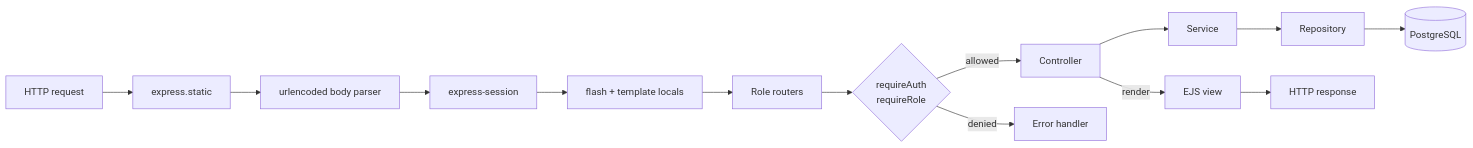
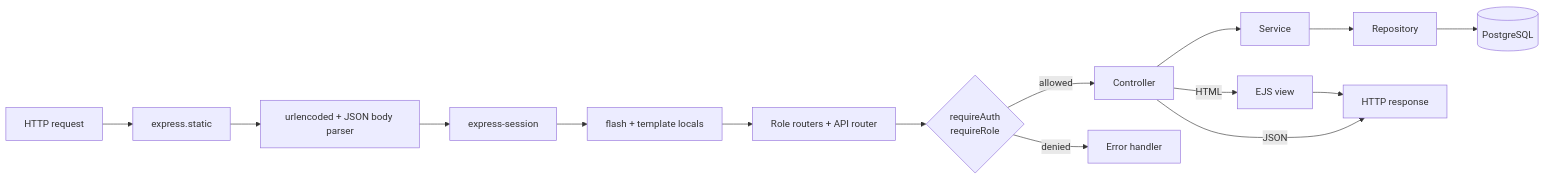
The fifth of 6 diagrams in docs/architecture.md (FarbodTavakolizade/TaxiGo), drawn with Mermaid before and after one commit. The commit also changed other lines of this file and 10 other files, not shown here.

````diff
--- a/docs/architecture.md
+++ b/docs/architecture.md
@@ -190,13 +251,14 @@
 ```mermaid
 flowchart LR
     Req[HTTP request] --> Static[express.static]
-    Static --> Body[urlencoded body parser]
+    Static --> Body[urlencoded + JSON body parser]
     Body --> Sess[express-session]
     Sess --> Locals[flash + template locals]
-    Locals --> Routes[Role routers]
+    Locals --> Routes[Role routers + API router]
     Routes --> AuthMW{requireAuth<br/>requireRole}
     AuthMW -->|allowed| Ctrl[Controller]
     AuthMW -->|denied| Err[Error handler]
     Ctrl --> Svc[Service] --> Repo[Repository] --> DB[(PostgreSQL)]
-    Ctrl -->|render| View[EJS view] --> Res[HTTP response]
+    Ctrl -->|HTML| View[EJS view] --> Res[HTTP response]
+    Ctrl -->|JSON| Res
 ```
````
